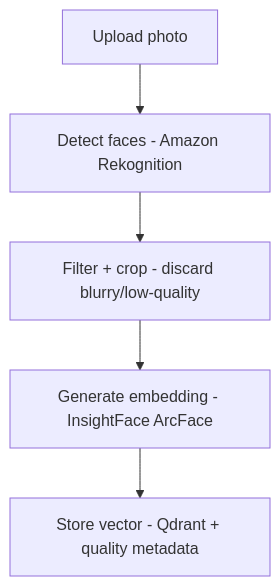
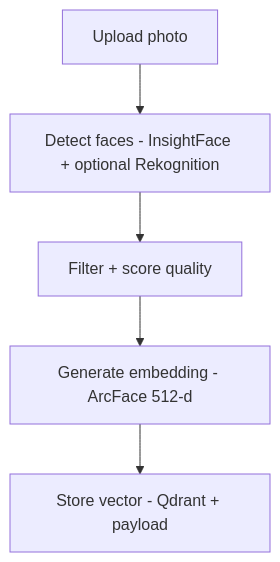
One commit to laavanjan/face-search-app changed the first of 2 diagrams in readme.md. Above: the diagram before and after it, drawn with Mermaid.

Commit message:
Update indexing flow diagram to show the new InsightFace pipeline

````diff
--- a/readme.md
+++ b/readme.md
@@ -13,7 +13,7 @@
 ```mermaid
 flowchart TD
-    A[Upload photo] --> B[Detect faces - Amazon Rekognition]
-    B --> C[Filter + crop - discard blurry/low-quality]
-    C --> D[Generate embedding - InsightFace ArcFace]
-    D --> E[Store vector - Qdrant + quality metadata]
+    A[Upload photo] --> B[Detect faces - InsightFace + optional Rekognition]
+    B --> C[Filter + score quality]
+    C --> D[Generate embedding - ArcFace 512-d]
+    D --> E[Store vector - Qdrant + payload]
 ```
````
